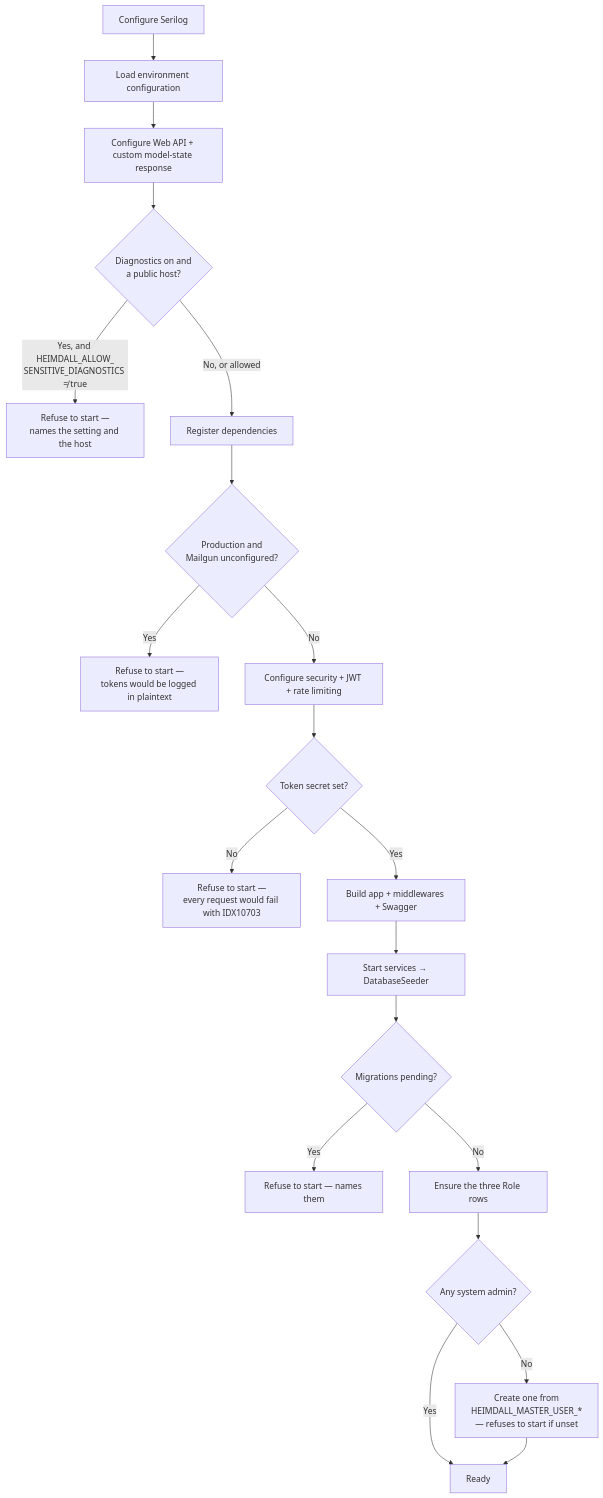
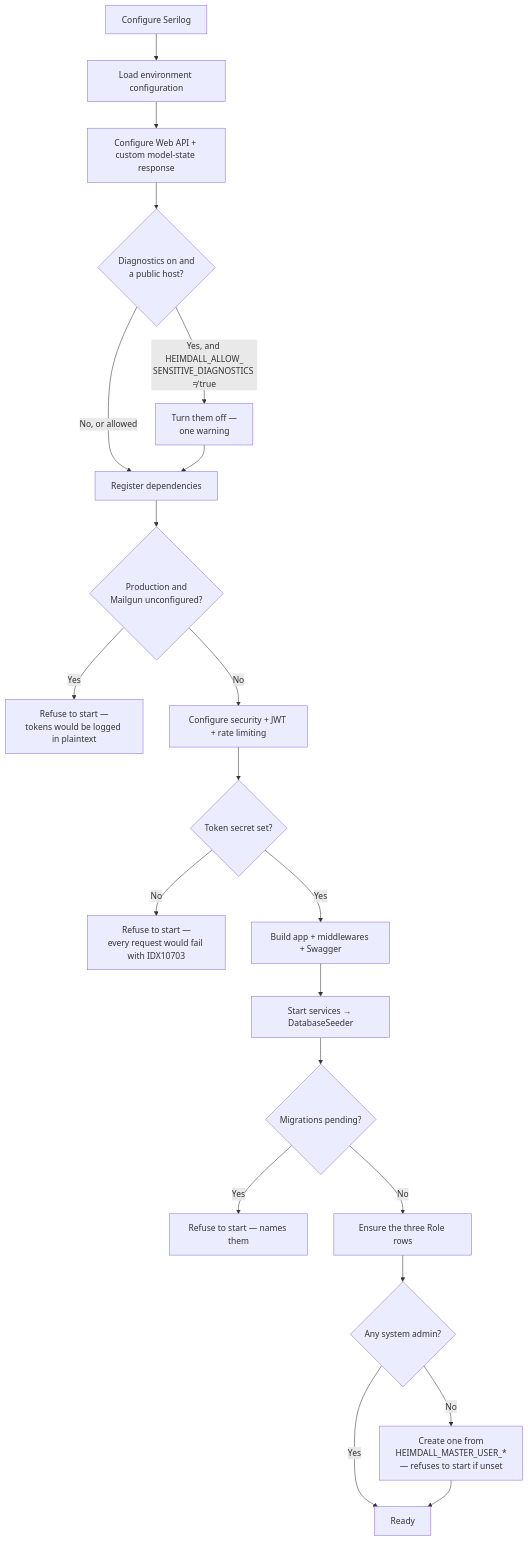
Before and after one commit to artur-rios/heimdall-api: the diagram in docs/content/en/docs/operations.md, drawn with Mermaid. The commit also changed other lines of this file and 7 other files, not shown here.

````diff
--- a/docs/content/en/docs/operations.md
+++ b/docs/content/en/docs/operations.md
@@ -229,22 +264,23 @@
 ```mermaid
 flowchart TD
     A[Configure Serilog] --> B[Load environment configuration]
     B --> C[Configure Web API + custom model-state response]
     C --> D0{Diagnostics on and<br/>a public host?}
-    D0 -->|"Yes, and HEIMDALL_ALLOW_<br/>SENSITIVE_DIAGNOSTICS ≠ true"| D0X["Refuse to start —<br/>names the setting and the host"]
+    D0 -->|"Yes, and HEIMDALL_ALLOW_<br/>SENSITIVE_DIAGNOSTICS ≠ true"| D0X["Turn them off —<br/>one warning"]
     D0 -->|No, or allowed| D[Register dependencies]
+    D0X --> D
     D --> D1{Production and<br/>Mailgun unconfigured?}
     D1 -->|Yes| DX["Refuse to start —<br/>tokens would be logged in plaintext"]
     D1 -->|No| E[Configure security + JWT + rate limiting]
     E --> E1{Token secret set?}
     E1 -->|No| EX["Refuse to start —<br/>every request would fail with IDX10703"]
     E1 -->|Yes| F[Build app + middlewares + Swagger]
     F --> G[Start services → DatabaseSeeder]
     G --> G1{Migrations pending?}
     G1 -->|Yes| GX[Refuse to start — names them]
     G1 -->|No| H[Ensure the three Role rows]
     H --> I{Any system admin?}
     I -->|No| J["Create one from<br/>HEIMDALL_MASTER_USER_*<br/>— refuses to start if unset"]
     I -->|Yes| K[Ready]
     J --> K
 ```
````
